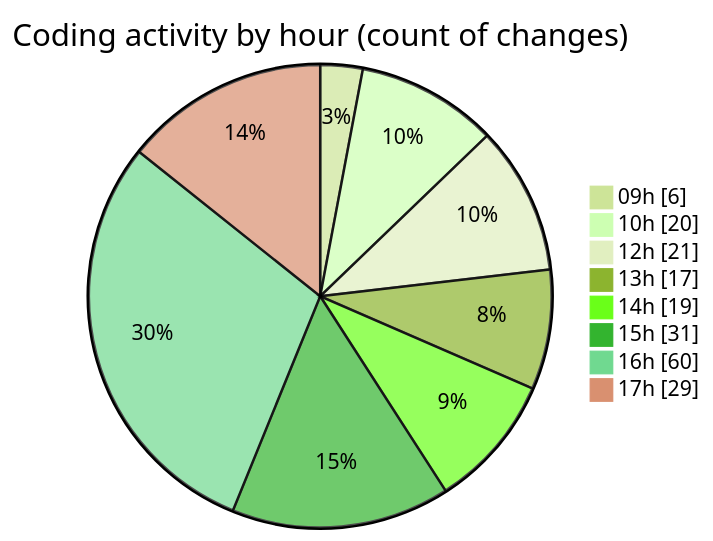
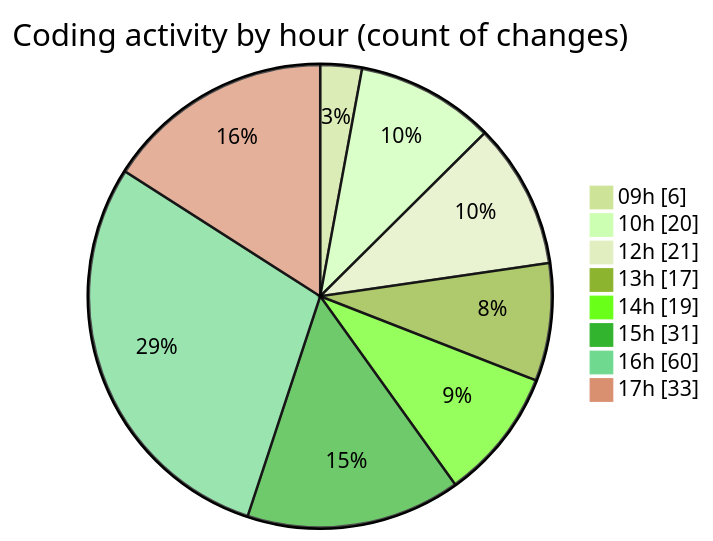
The second of 2 diagrams in 2026-02-18/bot_v1_2/README.md (becaeroporto-bot/code-tracking), drawn with Mermaid (forest theme) before and after one commit. The commit also changed other lines of this file and 1 other file, not shown here.

````diff
--- a/2026-02-18/bot_v1_2/README.md
+++ b/2026-02-18/bot_v1_2/README.md
@@ -57,12 +57,12 @@
 ```mermaid
 pie showData
 title Coding activity by hour (count of changes)
 "09h" : 6
 "10h" : 20
 "12h" : 21
 "13h" : 17
 "14h" : 19
 "15h" : 31
 "16h" : 60
-"17h" : 29
+"17h" : 33
 ```
````
